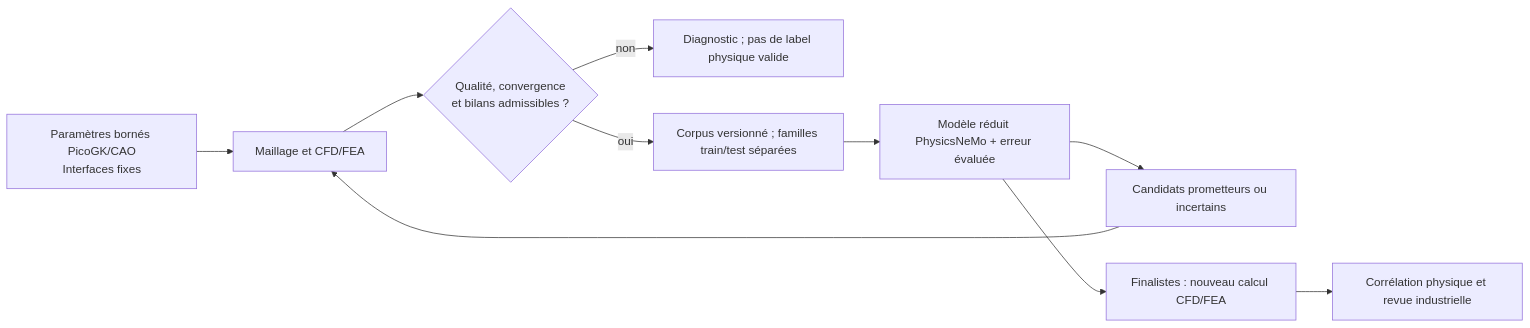
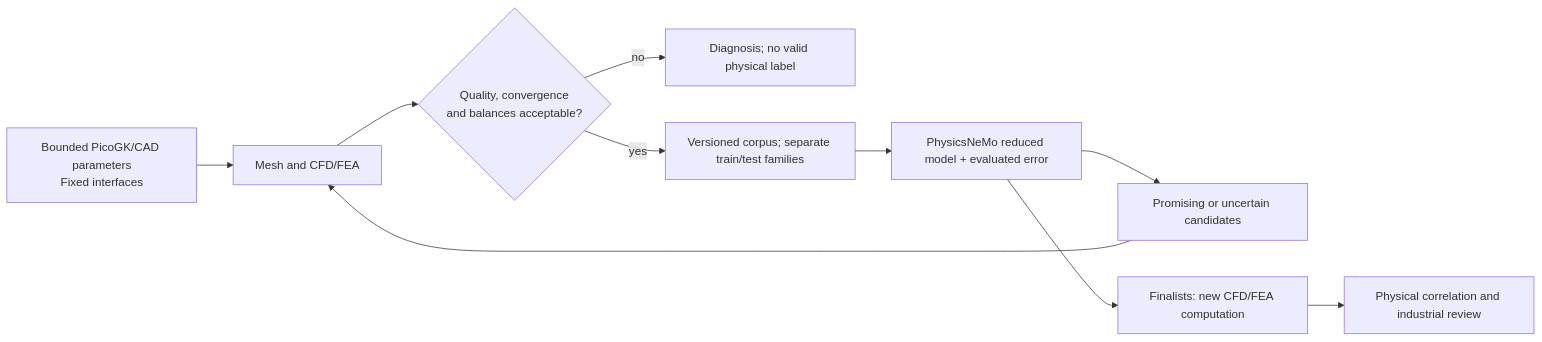
Before and after one commit to cluster2600/porscheparts: the diagram in docs/reports/M64_NEURAL_CONCEPT_20260912.md, drawn with Mermaid. The commit also changed other lines of this file and 228 other files, not shown here.

````diff
--- a/docs/reports/M64_NEURAL_CONCEPT_20260912.md
+++ b/docs/reports/M64_NEURAL_CONCEPT_20260912.md
@@ -27,12 +27,12 @@
 ```mermaid
 flowchart LR
-    A["Paramètres bornés PicoGK/CAO<br/>Interfaces fixes"] --> B["Maillage et CFD/FEA"]
-    B --> C{"Qualité, convergence<br/>et bilans admissibles ?"}
-    C -->|non| D["Diagnostic ; pas de label physique valide"]
-    C -->|oui| E["Corpus versionné ; familles train/test séparées"]
-    E --> F["Modèle réduit PhysicsNeMo + erreur évaluée"]
-    F --> G["Candidats prometteurs ou incertains"]
+    A["Bounded PicoGK/CAD parameters<br/>Fixed interfaces"] --> B["Mesh and CFD/FEA"]
+    B --> C{"Quality, convergence<br/>and balances acceptable?"}
+    C -->|no| D["Diagnosis; no valid physical label"]
+    C -->|yes| E["Versioned corpus; separate train/test families"]
+    E --> F["PhysicsNeMo reduced model + evaluated error"]
+    F --> G["Promising or uncertain candidates"]
     G --> B
-    F --> H["Finalistes : nouveau calcul CFD/FEA"]
-    H --> I["Corrélation physique et revue industrielle"]
+    F --> H["Finalists: new CFD/FEA computation"]
+    H --> I["Physical correlation and industrial review"]
 ```
````
